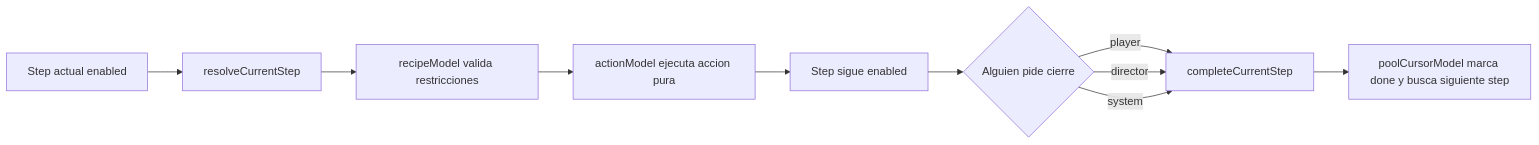
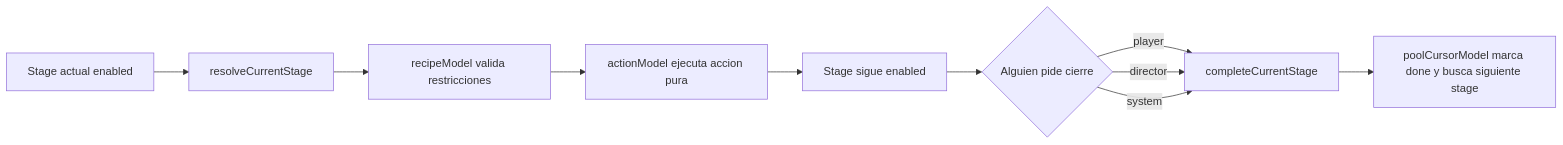
The sixth of 14 diagrams in docs/engine_flow_map.md (juanramonmorandeira/castronegro-director), drawn with Mermaid before and after one commit. The commit also changed other lines of this file and 41 other files, not shown here.

````diff
--- a/docs/engine_flow_map.md
+++ b/docs/engine_flow_map.md
@@ -258,12 +275,12 @@
 ```mermaid
 flowchart LR
-  A[Step actual enabled] --> B[resolveCurrentStep]
+  A[Stage actual enabled] --> B[resolveCurrentStage]
   B --> C[recipeModel valida restricciones]
   C --> D[actionModel ejecuta accion pura]
-  D --> E[Step sigue enabled]
+  D --> E[Stage sigue enabled]
   E --> F{Alguien pide cierre}
-  F -->|player| G[completeCurrentStep]
+  F -->|player| G[completeCurrentStage]
   F -->|director| G
   F -->|system| G
-  G --> H[poolCursorModel marca done y busca siguiente step]
+  G --> H[poolCursorModel marca done y busca siguiente stage]
 ```
````
